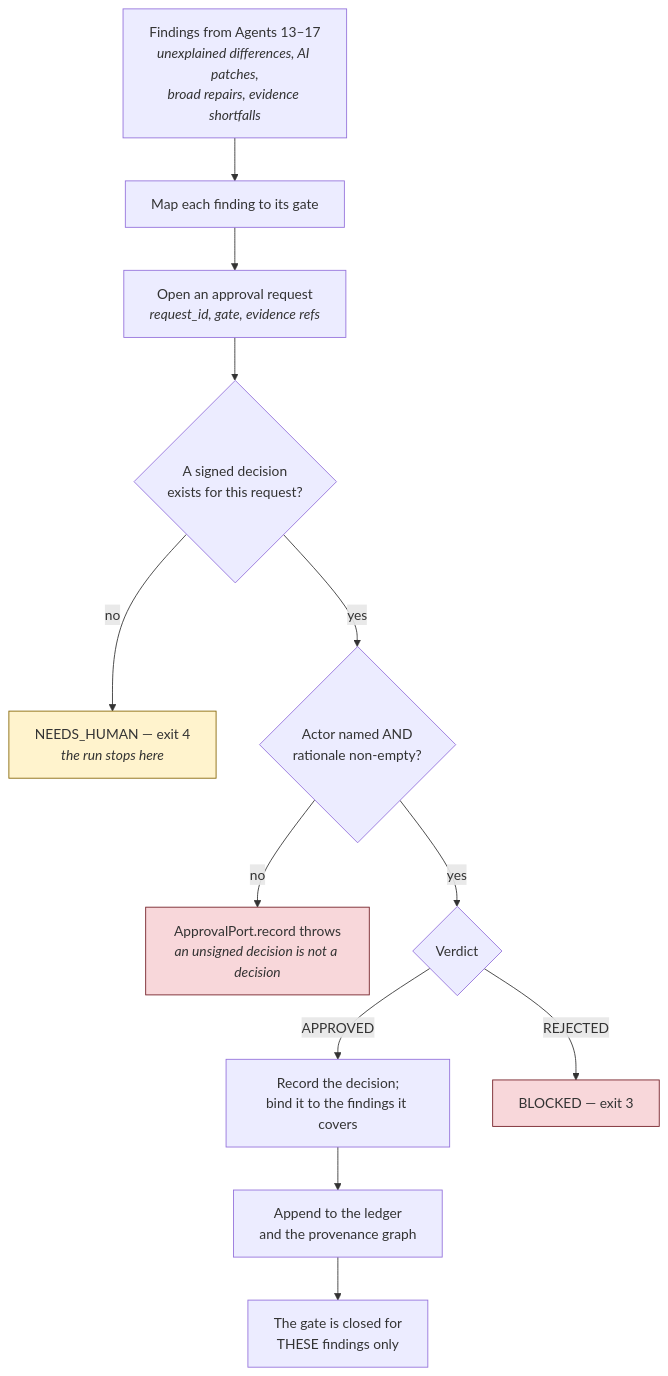
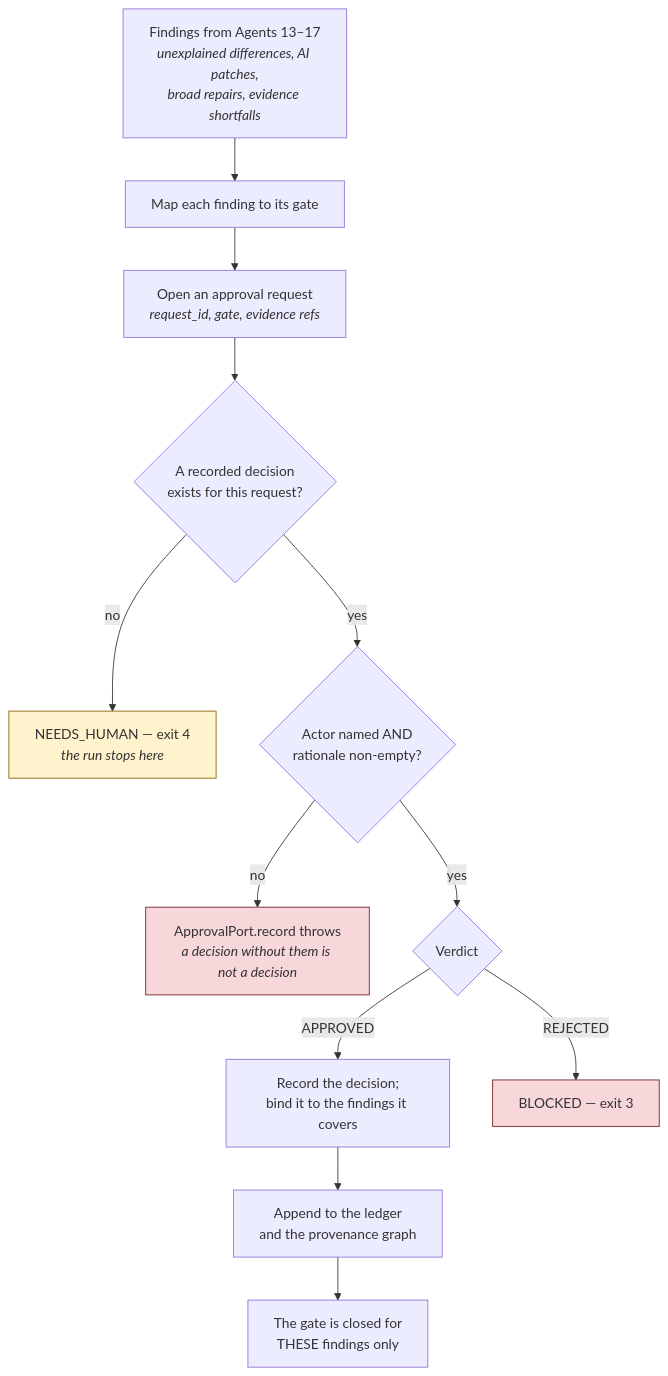
Diagram 32 of 40 in README.md (KrishnaAnnavaram/bootshift), drawn with Mermaid before and after one commit. The commit also changed other lines of this file and 1 other file, not shown here.

````diff
--- a/README.md
+++ b/README.md
@@ -2792,18 +2934,18 @@
 ```mermaid
 flowchart TD
     IN["Findings from Agents 13–17<br/><i>unexplained differences, AI patches,<br/>broad repairs, evidence shortfalls</i>"] --> MAP["Map each finding to its gate"]
     MAP --> OPEN["Open an approval request<br/><i>request_id, gate, evidence refs</i>"]
-    OPEN --> WAIT{"A signed decision<br/>exists for this request?"}
+    OPEN --> WAIT{"A recorded decision<br/>exists for this request?"}
     WAIT -->|no| HUMAN["NEEDS_HUMAN — exit 4<br/><i>the run stops here</i>"]
     WAIT -->|yes| VAL{"Actor named AND<br/>rationale non-empty?"}
-    VAL -->|no| THROW["ApprovalPort.record throws<br/><i>an unsigned decision is not a decision</i>"]
+    VAL -->|no| THROW["ApprovalPort.record throws<br/><i>a decision without them is not a decision</i>"]
     VAL -->|yes| VERDICT{"Verdict"}
     VERDICT -->|APPROVED| REC["Record the decision;<br/>bind it to the findings it covers"]
     VERDICT -->|REJECTED| BLOCK["BLOCKED — exit 3"]
     REC --> LEDGER["Append to the ledger<br/>and the provenance graph"]
     LEDGER --> NEXT["The gate is closed for<br/>THESE findings only"]
 
     style HUMAN fill:#fff3cd,stroke:#856404
     style THROW fill:#f8d7da,stroke:#721c24
     style BLOCK fill:#f8d7da,stroke:#721c24
 ```
````
